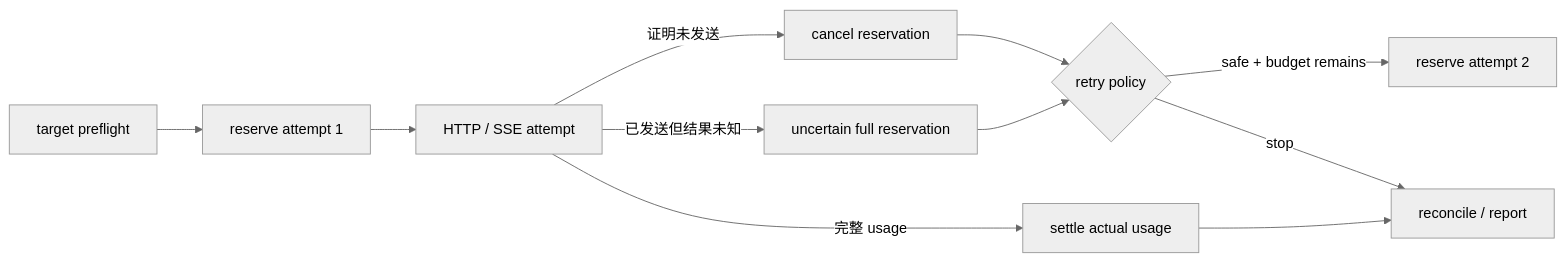
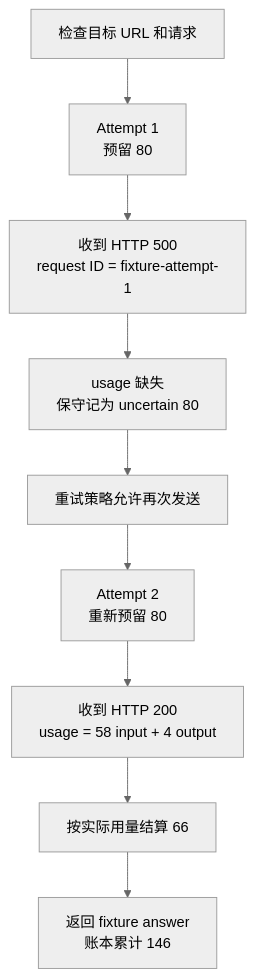
Before and after one commit to NightLemon/about-llm: the diagram in docs/practice/projects/cloud-api-contracts.md, drawn with Mermaid (neutral theme). The commit also changed other lines of this file and 1 other file, not shown here.

Commit message:
docs: trace one cloud call through retry and billing

````diff
--- a/docs/practice/projects/cloud-api-contracts.md
+++ b/docs/practice/projects/cloud-api-contracts.md
@@ -19,13 +28,11 @@
 ```mermaid
-flowchart LR
-  P["target preflight"] --> R["reserve attempt 1"]
-  R --> H["HTTP / SSE attempt"]
-  H -->|"证明未发送"| C["cancel reservation"]
-  H -->|"完整 usage"| S["settle actual usage"]
-  H -->|"已发送但结果未知"| U["uncertain full reservation"]
-  C --> D{"retry policy"}
-  U --> D
-  D -->|"safe + budget remains"| R2["reserve attempt 2"]
-  D -->|"stop"| X["reconcile / report"]
-  S --> X
+flowchart TD
+  P["检查目标 URL 和请求"] --> R1["Attempt 1<br/>预留 80"]
+  R1 --> H1["收到 HTTP 500<br/>request ID = fixture-attempt-1"]
+  H1 --> U["usage 缺失<br/>保守记为 uncertain 80"]
+  U --> D["重试策略允许再次发送"]
+  D --> R2["Attempt 2<br/>重新预留 80"]
+  R2 --> H2["收到 HTTP 200<br/>usage = 58 input + 4 output"]
+  H2 --> S["按实际用量结算 66"]
+  S --> F["返回 fixture answer<br/>账本累计 146"]
 ```
````
